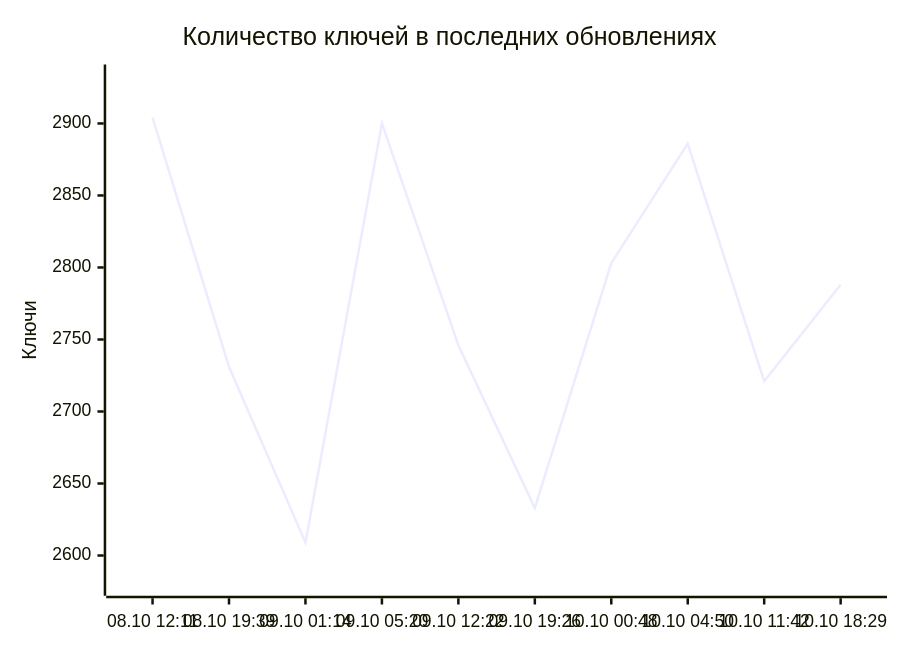
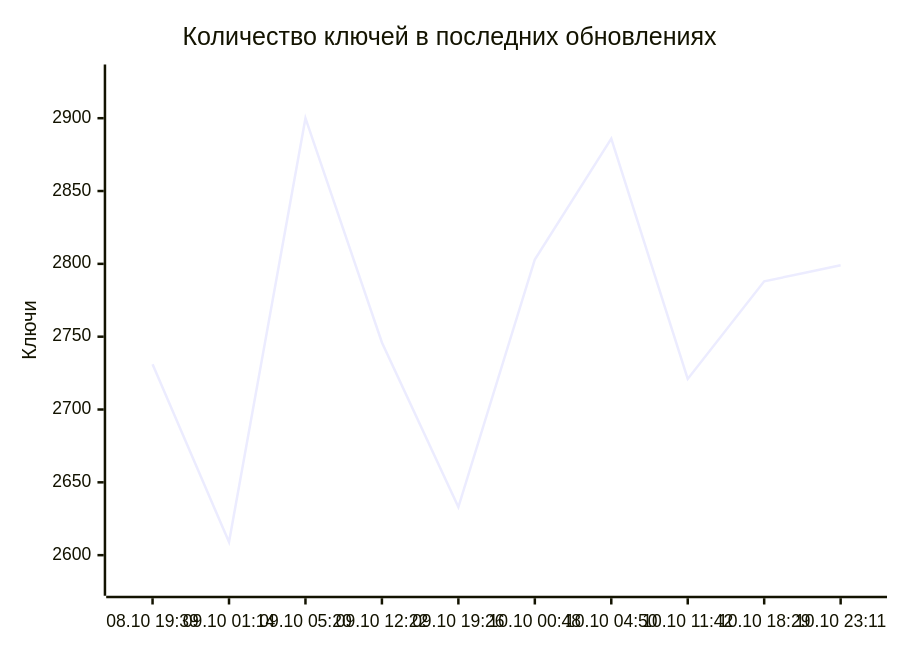
Before and after one commit to markKikhtenko/WireVeil: the diagram in README.md, drawn with Mermaid. The commit also changed other lines of this file and 13 other files, not shown here.

````diff
--- a/README.md
+++ b/README.md
@@ -55,7 +55,7 @@
 ```mermaid
 xychart-beta
     title "Количество ключей в последних обновлениях"
-    x-axis ["08.10 12:11", "08.10 19:39", "09.10 01:14", "09.10 05:20", "09.10 12:22", "09.10 19:26", "10.10 00:48", "10.10 04:50", "10.10 11:42", "10.10 18:29"]
-    y-axis "Ключи" 2579 --> 2934
-    line [2904, 2731, 2609, 2900, 2746, 2633, 2803, 2886, 2721, 2788]
+    x-axis ["08.10 19:39", "09.10 01:14", "09.10 05:20", "09.10 12:22", "09.10 19:26", "10.10 00:48", "10.10 04:50", "10.10 11:42", "10.10 18:29", "10.10 23:11"]
+    y-axis "Ключи" 2579 --> 2930
+    line [2731, 2609, 2900, 2746, 2633, 2803, 2886, 2721, 2788, 2799]
 ```
````
